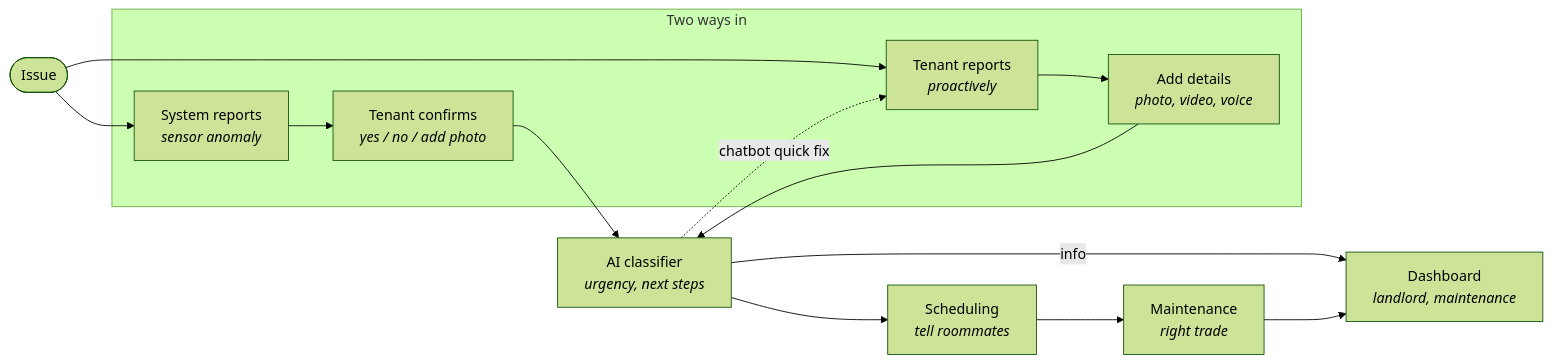
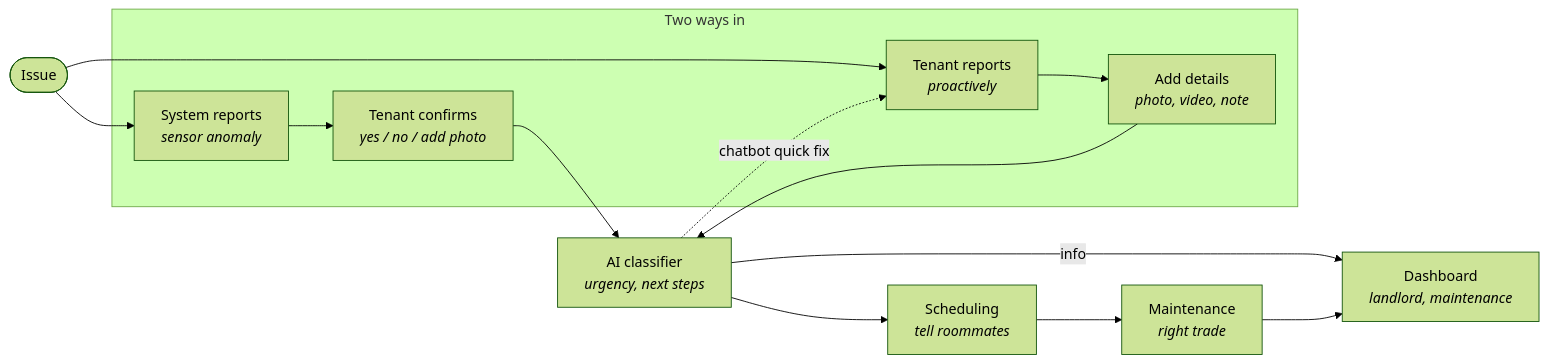
The first of 4 diagrams in architecture.md (lepn202/DT-GroupProject), drawn with Mermaid (forest theme) before and after one commit. The commit also changed other lines of this file, not shown here.

First line of the commit message:
Simplify architecture for prototype scope and add Jev classification

````diff
--- a/architecture.md
+++ b/architecture.md
@@ -13,22 +13,22 @@
 ```mermaid
 flowchart LR
     Issue([Issue])
 
     subgraph Detect["Two ways in"]
         SR["System reports<br/><i>sensor anomaly</i>"]
         TC["Tenant confirms<br/><i>yes / no / add photo</i>"]
         TR["Tenant reports<br/><i>proactively</i>"]
-        AD["Add details<br/><i>photo, video, voice</i>"]
+        AD["Add details<br/><i>photo, video, note</i>"]
     end
 
     AI["AI classifier<br/><i>urgency, next steps</i>"]
     SCH["Scheduling<br/><i>tell roommates</i>"]
     MNT["Maintenance<br/><i>right trade</i>"]
     DB["Dashboard<br/><i>landlord, maintenance</i>"]
 
     Issue --> SR --> TC --> AI
     Issue --> TR --> AD --> AI
     AI -- "info" --> DB
     AI --> SCH --> MNT --> DB
     AI -. "chatbot quick fix" .-> TR
 ```
````
